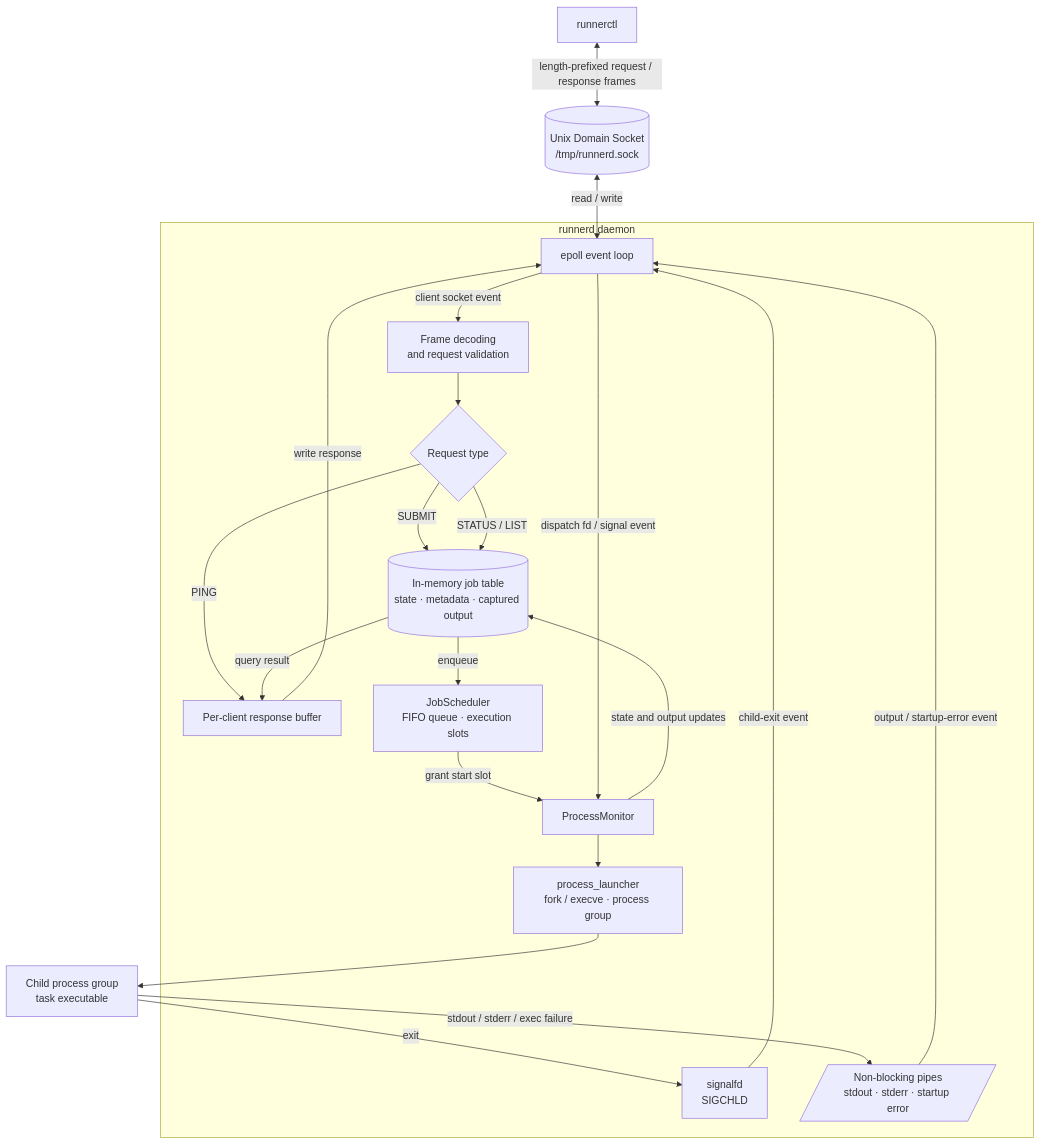
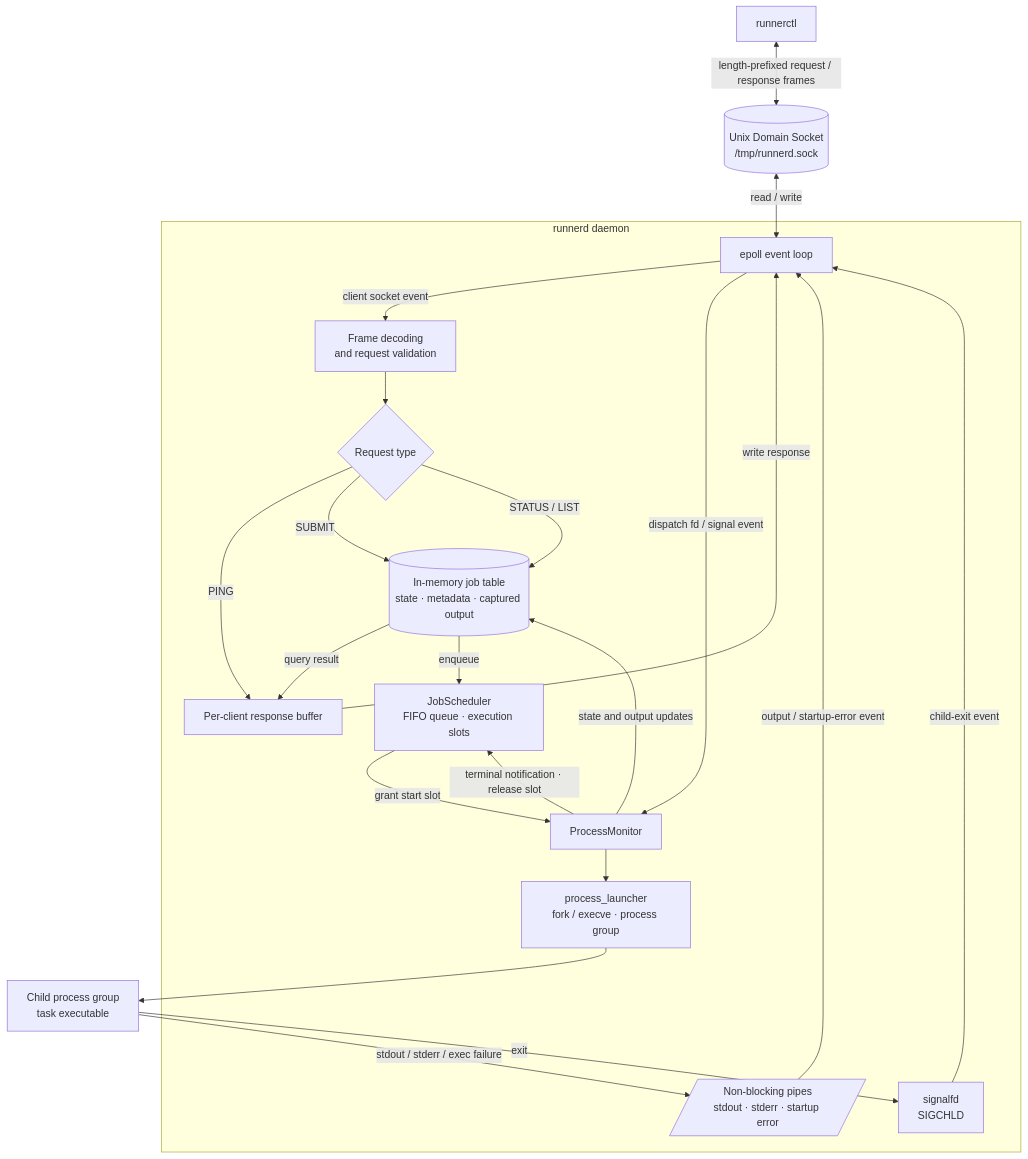
One commit to qxf-72/runnerd changed the diagram in README_EN.md. Above: the diagram before and after it, drawn with Mermaid. The commit also changed other lines of this file and 3 other files, not shown here.

````diff
--- a/README_EN.md
+++ b/README_EN.md
@@ -115,38 +114,39 @@
 ```mermaid
 flowchart TB
     CLI["runnerctl"]
     Socket[("Unix Domain Socket<br/>/tmp/runnerd.sock")]
     CLI <-->|"length-prefixed request / response frames"| Socket
 
     subgraph Daemon["runnerd daemon"]
         Loop["epoll event loop"]
         Decode["Frame decoding<br/>and request validation"]
         Route{"Request type"}
         Reply["Per-client response buffer"]
         Jobs[("In-memory job table<br/>state · metadata · captured output")]
         Scheduler["JobScheduler<br/>FIFO queue · execution slots"]
         Monitor["ProcessMonitor"]
         Launcher["process_launcher<br/>fork / execve · process group"]
         Signal["signalfd<br/>SIGCHLD"]
         Pipes[/"Non-blocking pipes<br/>stdout · stderr · startup error"/]
 
         Loop -->|"client socket event"| Decode --> Route
         Route -->|"PING"| Reply
         Route -->|"SUBMIT"| Jobs
         Route -->|"STATUS / LIST"| Jobs
         Jobs -->|"query result"| Reply
         Reply -->|"write response"| Loop
 
         Jobs -->|"enqueue"| Scheduler
         Scheduler -->|"grant start slot"| Monitor --> Launcher
         Pipes -->|"output / startup-error event"| Loop
         Signal -->|"child-exit event"| Loop
         Loop -->|"dispatch fd / signal event"| Monitor
         Monitor -->|"state and output updates"| Jobs
+        Monitor -->|"terminal notification · release slot"| Scheduler
     end
 
     Socket <-->|"read / write"| Loop
     Launcher --> Child["Child process group<br/>task executable"]
     Child -->|"stdout / stderr / exec failure"| Pipes
     Child -->|"exit"| Signal
 ```
````
